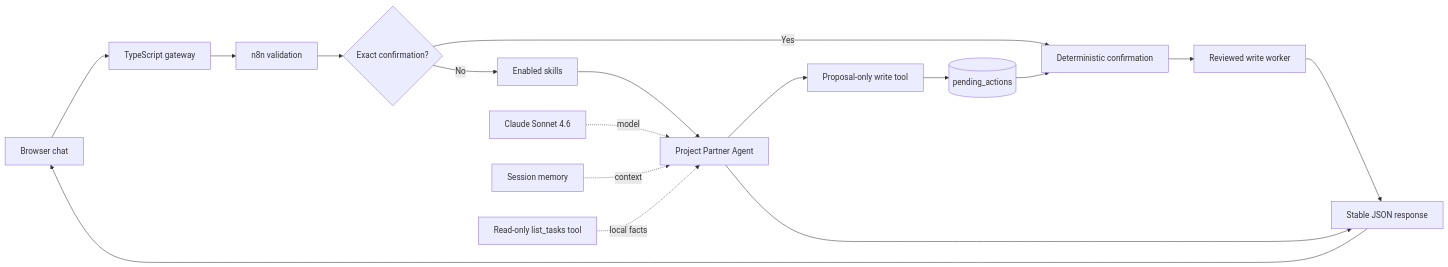
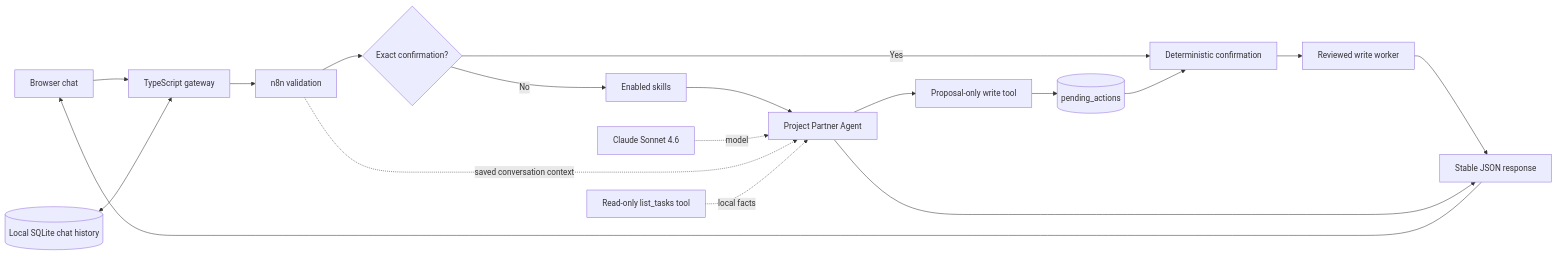
Before and after one commit to WinnieN1821/My-AI-Agent: the diagram in docs/N8N_AGENT_SETUP.md, drawn with Mermaid. The commit also changed other lines of this file and 32 other files, not shown here.

Commit message:
Add durable local chat persistence

````diff
--- a/docs/N8N_AGENT_SETUP.md
+++ b/docs/N8N_AGENT_SETUP.md
@@ -183,19 +183,20 @@
 ```mermaid
 flowchart LR
     Browser["Browser chat"] --> Gateway["TypeScript gateway"]
+    Store[("Local SQLite chat history")] <--> Gateway
     Gateway --> Validate["n8n validation"]
     Validate --> Route{"Exact confirmation?"}
     Route -- No --> Skills["Enabled skills"]
     Skills --> Agent["Project Partner Agent"]
     Model["Claude Sonnet 4.6"] -. model .-> Agent
-    Memory["Session memory"] -. context .-> Agent
+    Validate -. saved conversation context .-> Agent
     Tasks["Read-only list_tasks tool"] -. local facts .-> Agent
     Agent --> Proposal["Proposal-only write tool"]
     Proposal --> Pending[("pending_actions")]
     Route -- Yes --> Confirm["Deterministic confirmation"]
     Pending --> Confirm
     Confirm --> Write["Reviewed write worker"]
     Write --> Response
     Agent --> Response["Stable JSON response"]
     Response --> Browser
 ```
````
